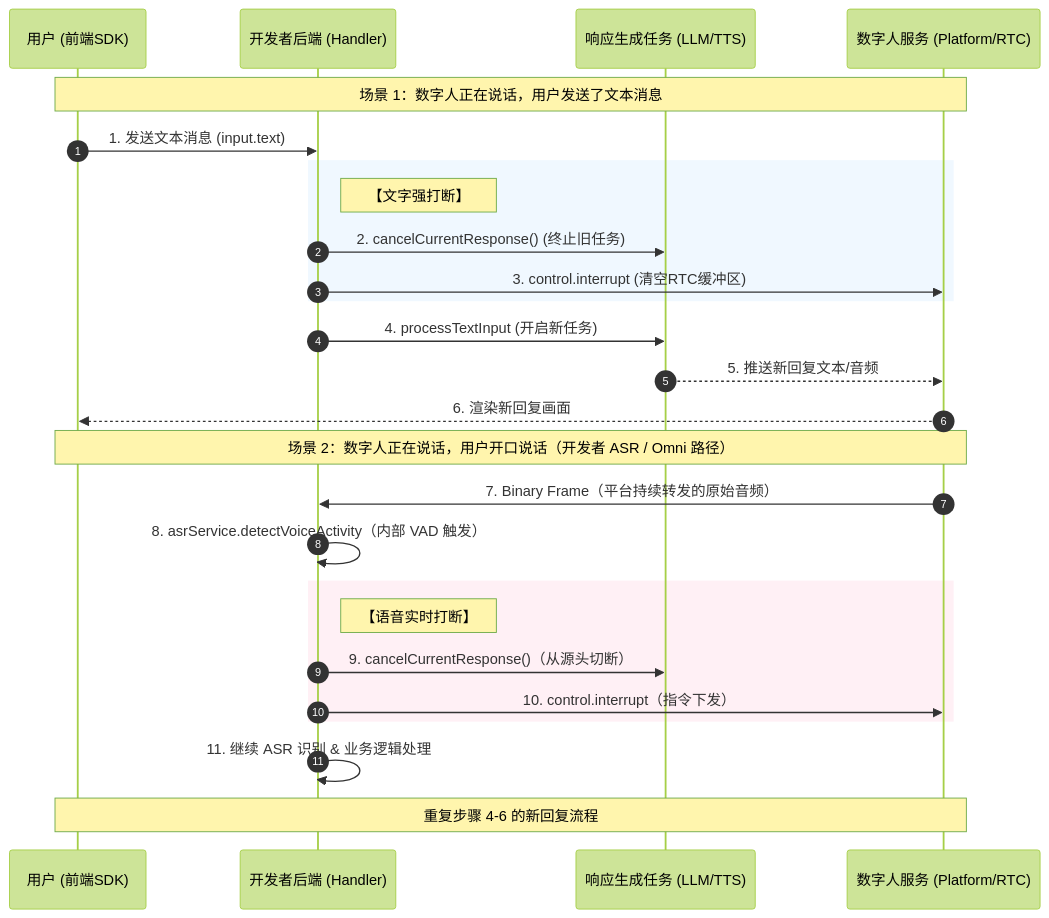
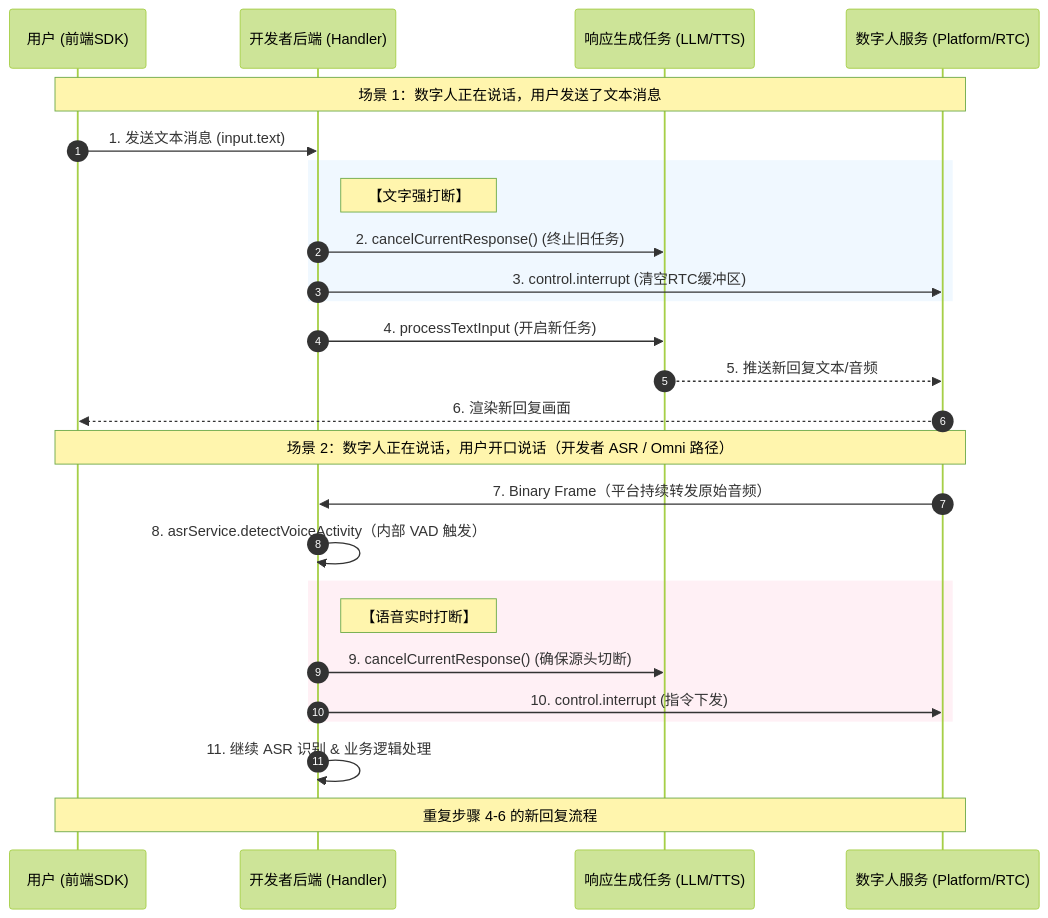
Before and after one commit to newportAI-lab/liveavatar-channel-python: the third of 3 diagrams in PROTOCOL.zh.md, drawn with Mermaid (forest theme). The commit also changed other lines of this file and 7 other files, not shown here.

````diff
--- a/PROTOCOL.zh.md
+++ b/PROTOCOL.zh.md
@@ -389,35 +386,35 @@
 ```mermaid
 sequenceDiagram
     autonumber
     participant User as 用户 (前端SDK)
     participant AppServer as 开发者后端 (Handler)
     participant Task as 响应生成任务 (LLM/TTS)
     participant Avatar as 数字人服务 (Platform/RTC)
 
     Note over User, Avatar: 场景 1：数字人正在说话，用户发送了文本消息
     User->>AppServer: 1. 发送文本消息 (input.text)
     
     rect rgb(240, 248, 255)
         Note right of AppServer: 【文字强打断】
         AppServer->>Task: 2. cancelCurrentResponse() (终止旧任务)
         AppServer->>Avatar: 3. control.interrupt (清空RTC缓冲区)
     end
     
     AppServer->>Task: 4. processTextInput (开启新任务)
     Task-->>Avatar: 5. 推送新回复文本/音频
     Avatar-->>User: 6. 渲染新回复画面
 
     Note over User, Avatar: 场景 2：数字人正在说话，用户开口说话（开发者 ASR / Omni 路径）
-    Avatar->>AppServer: 7. Binary Frame（平台持续转发的原始音频）
+    Avatar->>AppServer: 7. Binary Frame（平台持续转发原始音频）
     
     AppServer->>AppServer: 8. asrService.detectVoiceActivity（内部 VAD 触发）
     
     rect rgb(255, 240, 245)
         Note right of AppServer: 【语音实时打断】
-        AppServer->>Task: 9. cancelCurrentResponse()（从源头切断）
-        AppServer->>Avatar: 10. control.interrupt（指令下发）
+        AppServer->>Task: 9. cancelCurrentResponse() (确保源头切断)
+        AppServer->>Avatar: 10. control.interrupt (指令下发)
     end
 
     AppServer->>AppServer: 11. 继续 ASR 识别 & 业务逻辑处理
     Note over User, Avatar: 重复步骤 4-6 的新回复流程
 ```
````
